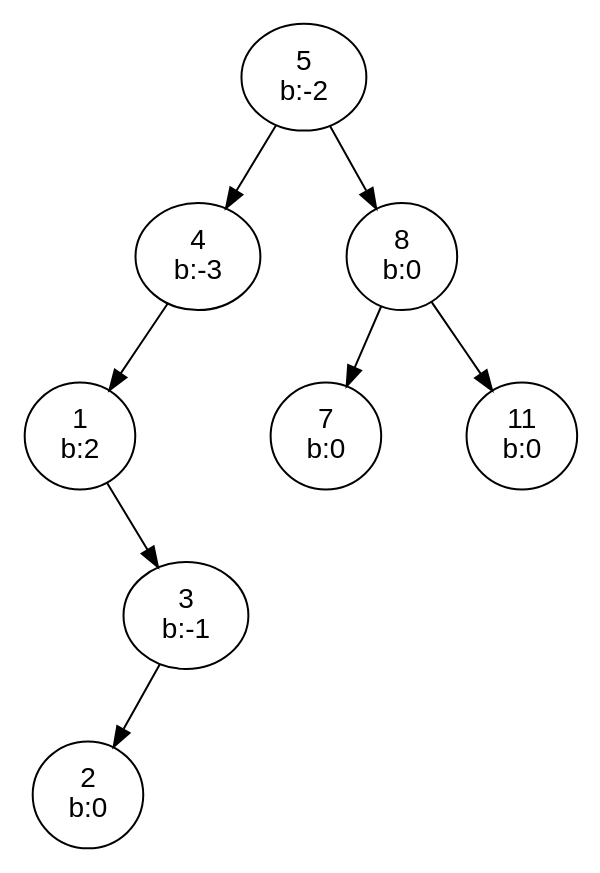
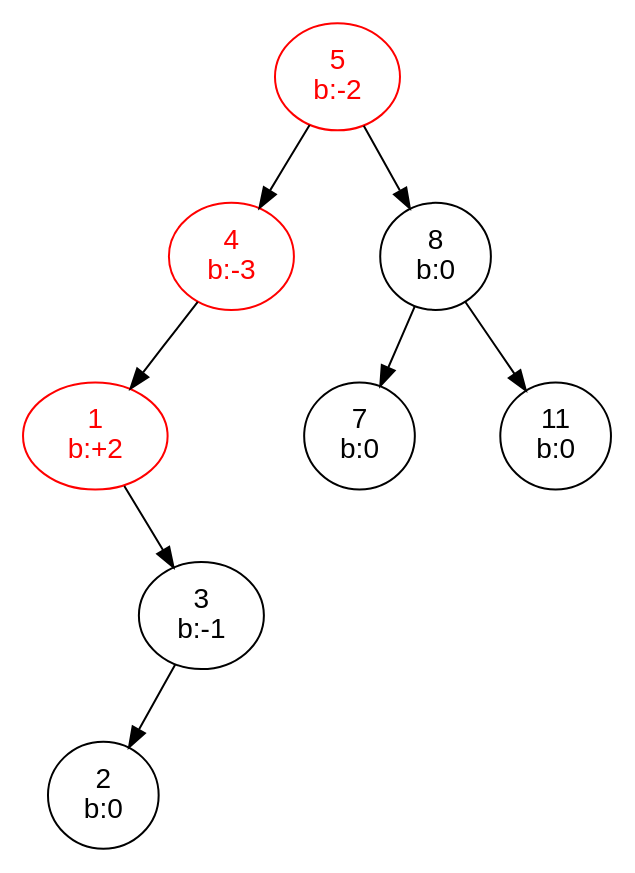
One commit to aaronbloomfield/pdr changed the diagram in slides/graphs/avl-tree-3.dot. Above: the diagram before and after it, drawn with Graphviz. The commit also changed 26 other files, not shown here.

```diff
--- a/slides/graphs/avl-tree-3.dot
+++ b/slides/graphs/avl-tree-3.dot
@@ -1,47 +1,50 @@
 digraph G {
 	graph [fontname = "Helvetica"];
 	node [fontname = "Helvetica"];
 	edge [fontname = "Helvetica"];
 
-	5 [label="5\nb:-2"];
-	4 [label="4\nb:-3"];
-	1 [label="1\nb:2"];
+	5 [label="5\nb:-2",fontcolor=red];
+	4 [label="4\nb:-3",fontcolor=red];
+	1 [label="1\nb:+2",fontcolor=red];
 	3 [label="3\nb:-1"];
 	2 [label="2\nb:0"];
 	8 [label="8\nb:0"];
 	7 [label="7\nb:0"];
 	11 [label="11\nb:0"];
 
+	5 [color=red];
+	4 [color=red];
 	5 -> 4;
 	m5 [label="", width=0.1, style=invis];
 	5 -> m5 [style=invis];
 	5 -> 8;
 	{rank=same 4 -> m5 -> 8 [style=invis]};
-	
+
+	1 [color=red];
 	4 -> 1;
 	l4 [label="", width=0.1, style=invis];
 	4 -> l4 [style=invis];
 	r4 [label="", width=0.1, style=invis];
 	4 -> r4 [style=invis];
 	{rank=same 1 -> l4 -> r4 [style=invis]};
 
 	l1 [label="", width=0.1, style=invis];
 	1 -> l1 [style=invis];
 	m1 [label="", width=0.1, style=invis];
 	1 -> m1 [style=invis];
 	1 -> 3;
 	{rank=same l1 -> m1 -> 3 [style=invis]};
 
 	3 -> 2;
 	l3 [label="", width=0.1, style=invis];
 	3 -> l3 [style=invis];
 	r3 [label="", width=0.1, style=invis];
 	3 -> r3 [style=invis];
 	{rank=same 2 -> l3 -> r3 [style=invis]};
 
 	8 -> 7;
 	m8 [label="", width=0.1, style=invis];
 	8 -> m8 [style=invis];
 	8 -> 11;
 	{rank=same 7 -> m8 -> 11 [style=invis]};
 }
```
